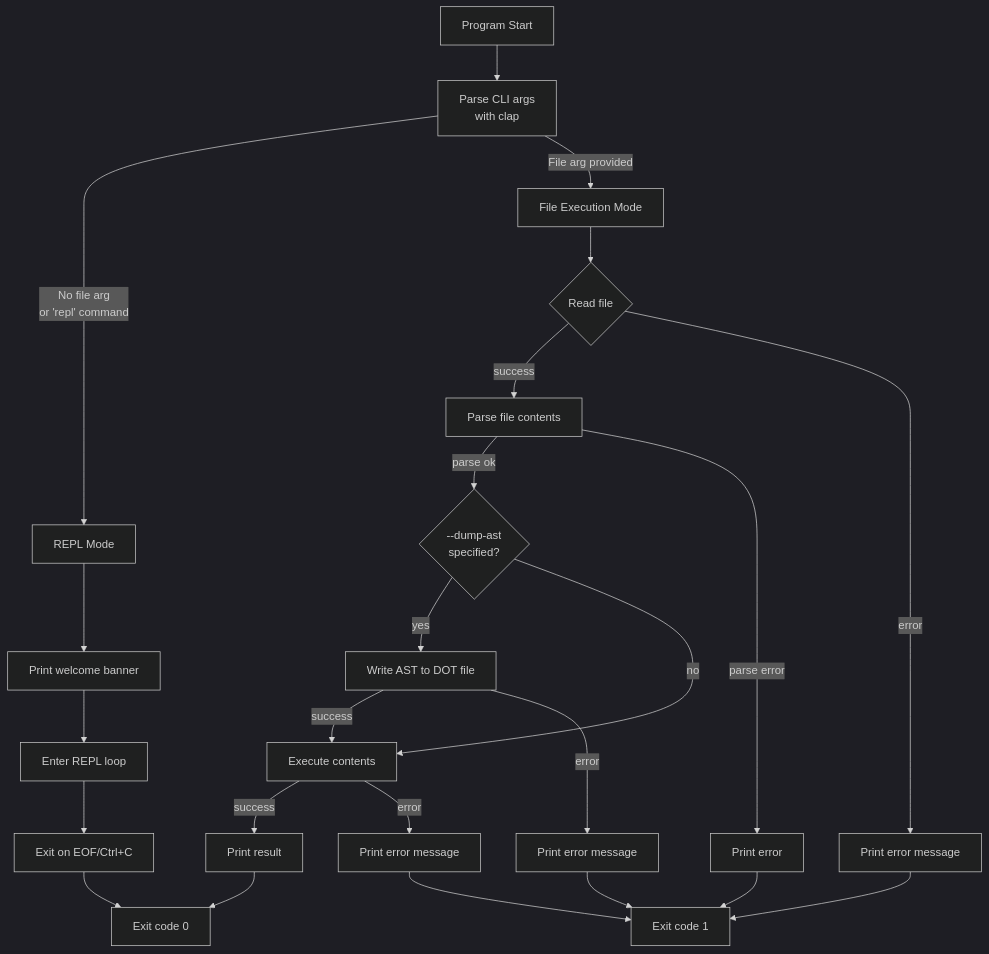
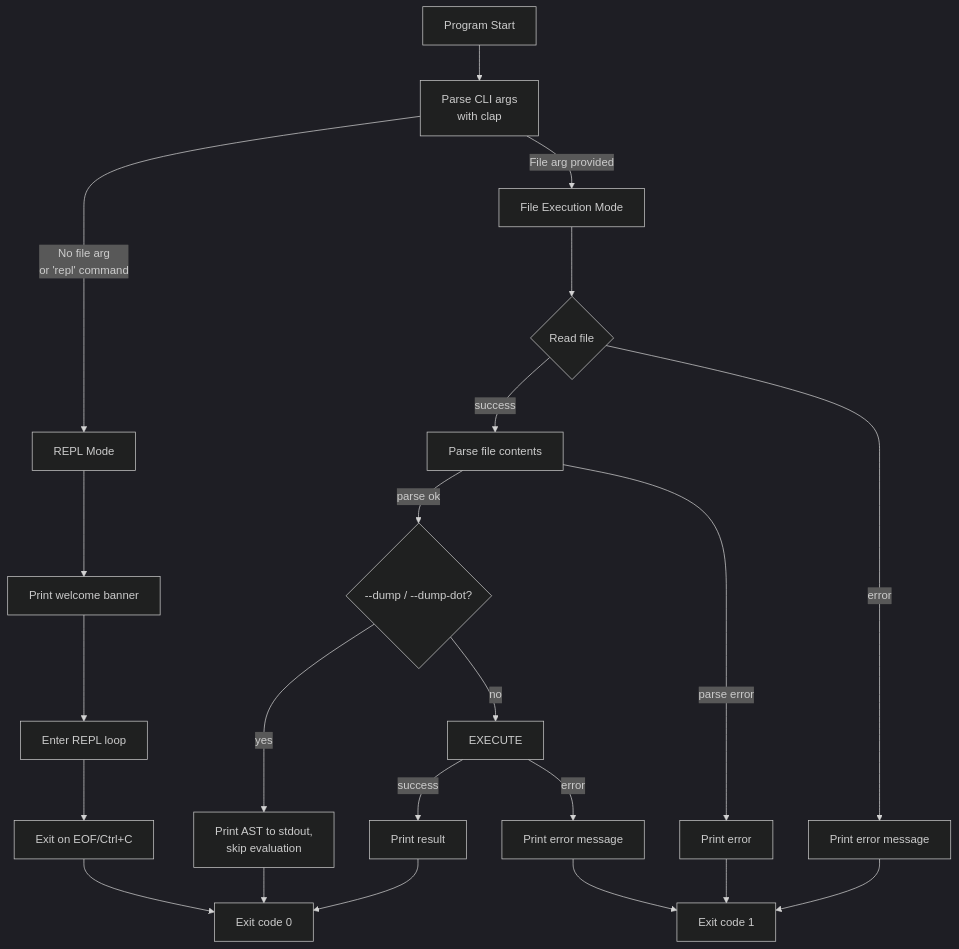
One commit to vansweej/parlang changed the third of 11 diagrams in docs/MODULE_MAIN.md. Above: the diagram before and after it, drawn with Mermaid (dark theme). The commit also changed other lines of this file and 4 other files, not shown here.

Commit message:
docs: migrate --dump-ast references to --dump/--dump-dot stdout flags

````diff
--- a/docs/MODULE_MAIN.md
+++ b/docs/MODULE_MAIN.md
@@ -171,34 +176,32 @@
 ```mermaid
 flowchart TD
     START[Program Start] --> PARSE[Parse CLI args<br/>with clap]
     
     PARSE -->|No file arg<br/>or 'repl' command| REPL_MODE[REPL Mode]
     PARSE -->|File arg provided| FILE_MODE[File Execution Mode]
     
     REPL_MODE --> REPL_INIT[Print welcome banner]
     REPL_INIT --> REPL_LOOP[Enter REPL loop]
     REPL_LOOP --> REPL_END[Exit on EOF/Ctrl+C]
     REPL_END --> EXIT_0[Exit code 0]
     
     FILE_MODE --> READ{Read file}
     READ -->|success| PARSE_FILE[Parse file contents]
     READ -->|error| FILE_ERROR[Print error message]
     
-    PARSE_FILE -->|parse ok| DUMP{--dump-ast<br/>specified?}
+    PARSE_FILE -->|parse ok| DUMP{--dump / --dump-dot?}
     PARSE_FILE -->|parse error| PARSE_ERROR[Print error]
     
-    DUMP -->|yes| WRITE_DOT[Write AST to DOT file]
+    DUMP -->|yes| WRITE_DOT[Print AST to stdout,<br/>skip evaluation]
     DUMP -->|no| EXECUTE
     
-    WRITE_DOT -->|success| EXECUTE[Execute contents]
-    WRITE_DOT -->|error| DOT_ERROR[Print error message]
+    WRITE_DOT --> EXIT_0
     
     EXECUTE -->|success| PRINT[Print result]
     EXECUTE -->|error| EXEC_ERROR[Print error message]
     
     PRINT --> EXIT_0
     FILE_ERROR --> EXIT_1[Exit code 1]
     PARSE_ERROR --> EXIT_1
-    DOT_ERROR --> EXIT_1
     EXEC_ERROR --> EXIT_1
 ```
````
